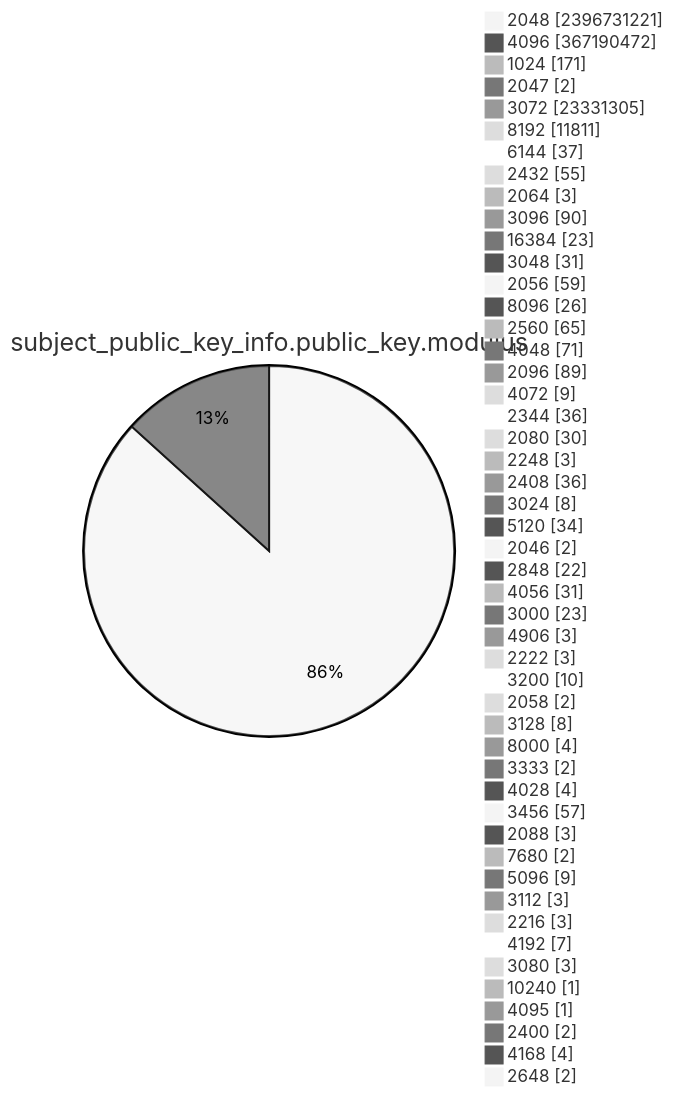
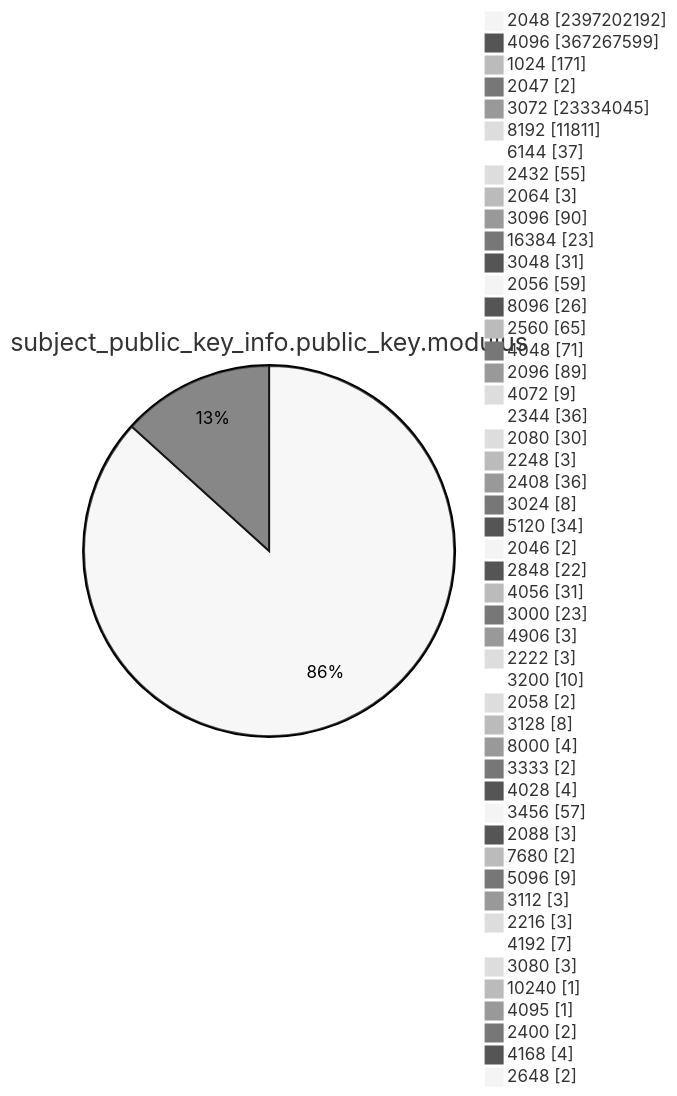
Diagram 13 of 15 in TOTAL/README.md (christiankrug/ctmonitor_visualization), drawn with Mermaid (neutral theme) before and after one commit. The commit also changed other lines of this file, not shown here.

````diff
--- a/TOTAL/README.md
+++ b/TOTAL/README.md
@@ -4167,53 +4167,53 @@
 ```mermaid
 pie showData
 title subject_public_key_info.public_key.modulus
-"2048" :2396731221
-"4096" :367190472
+"2048" :2397202192
+"4096" :367267599
 "1024" :171
 "2047" :2
-"3072" :23331305
+"3072" :23334045
 "8192" :11811
 "6144" :37
 "2432" :55
 "2064" :3
 "3096" :90
 "16384" :23
 "3048" :31
 "2056" :59
 "8096" :26
 "2560" :65
 "4048" :71
 "2096" :89
 "4072" :9
 "2344" :36
 "2080" :30
 "2248" :3
 "2408" :36
 "3024" :8
 "5120" :34
 "2046" :2
 "2848" :22
 "4056" :31
 "3000" :23
 "4906" :3
 "2222" :3
 "3200" :10
 "2058" :2
 "3128" :8
 "8000" :4
 "3333" :2
 "4028" :4
 "3456" :57
 "2088" :3
 "7680" :2
 "5096" :9
 "3112" :3
 "2216" :3
 "4192" :7
 "3080" :3
 "10240" :1
 "4095" :1
 "2400" :2
 "4168" :4
 "2648" :2
 ```
````
